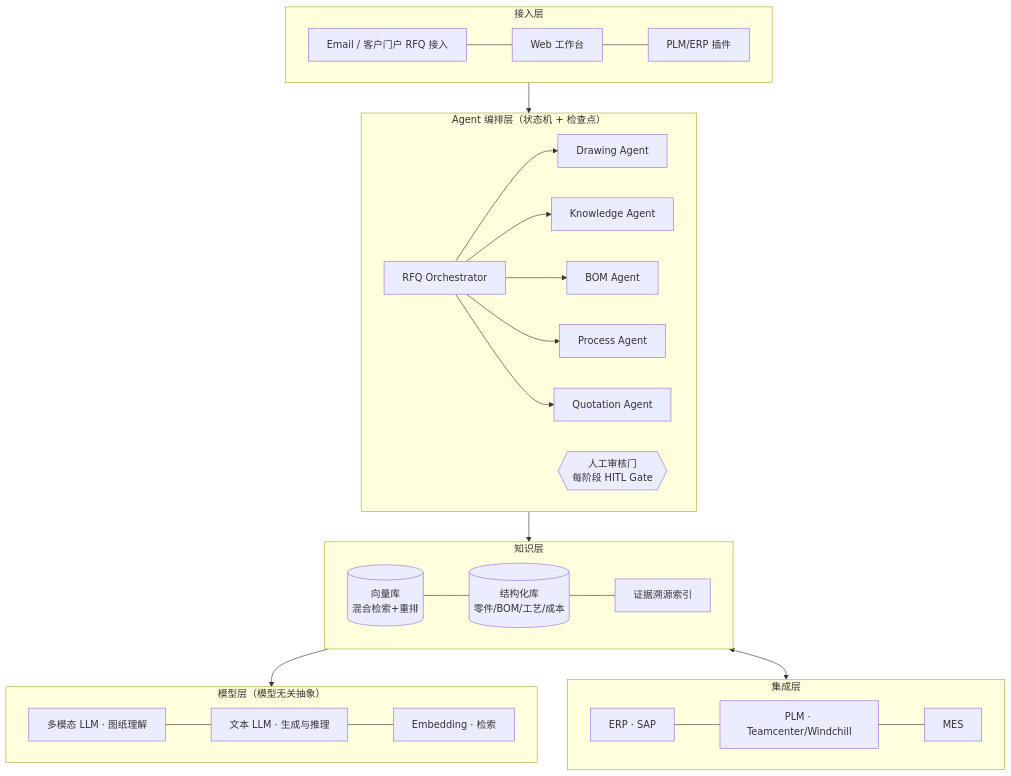
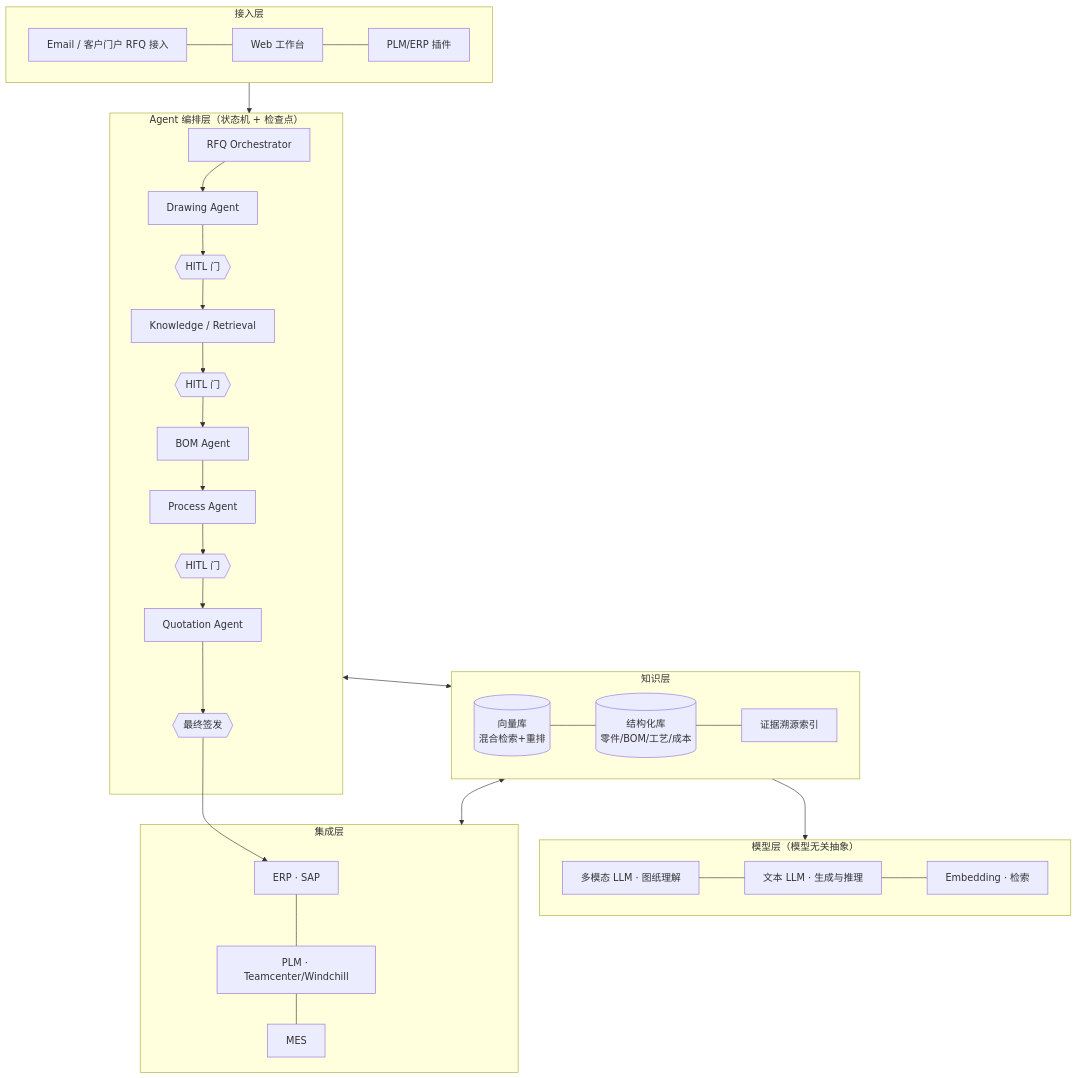
The second of 2 diagrams in docs/solution-design.md (Ethan-YS/quotemind), drawn with Mermaid before and after one commit. The commit also changed other lines of this file and 2 other files, not shown here.

````diff
--- a/docs/solution-design.md
+++ b/docs/solution-design.md
@@ -93,25 +110,26 @@
 ```mermaid
 flowchart TB
     subgraph 接入层
         A1[Email / 客户门户 RFQ 接入] --- A2[Web 工作台] --- A3[PLM/ERP 插件]
     end
     subgraph 编排层["Agent 编排层（状态机 + 检查点）"]
-        O[RFQ Orchestrator] --> G1[Drawing Agent]
-        O --> G2[Knowledge Agent]
-        O --> G3[BOM Agent]
-        O --> G4[Process Agent]
-        O --> G5[Quotation Agent]
-        H{{人工审核门<br/>每阶段 HITL Gate}}
+        O[RFQ Orchestrator] --> G1[Drawing Agent] --> H1{{HITL 门}}
+        H1 --> G2[Knowledge / Retrieval] --> H2{{HITL 门}}
+        H2 --> G3[BOM Agent] --> G4[Process Agent] --> H3{{HITL 门}}
+        H3 --> G5[Quotation Agent] --> H4{{最终签发}}
     end
     subgraph 知识层
         K1[(向量库<br/>混合检索+重排)] --- K2[(结构化库<br/>零件/BOM/工艺/成本)] --- K3[证据溯源索引]
     end
     subgraph 模型层["模型层（模型无关抽象）"]
         M1[多模态 LLM · 图纸理解] --- M2[文本 LLM · 生成与推理] --- M3[Embedding · 检索]
     end
     subgraph 集成层
         I1[ERP · SAP] --- I2[PLM · Teamcenter/Windchill] --- I3[MES]
     end
-    接入层 --> 编排层 --> 知识层 --> 模型层
+    接入层 --> 编排层
+    编排层 <--> 知识层
+    知识层 --> 模型层
     知识层 <--> 集成层
+    H4 --> I1
 ```
````
